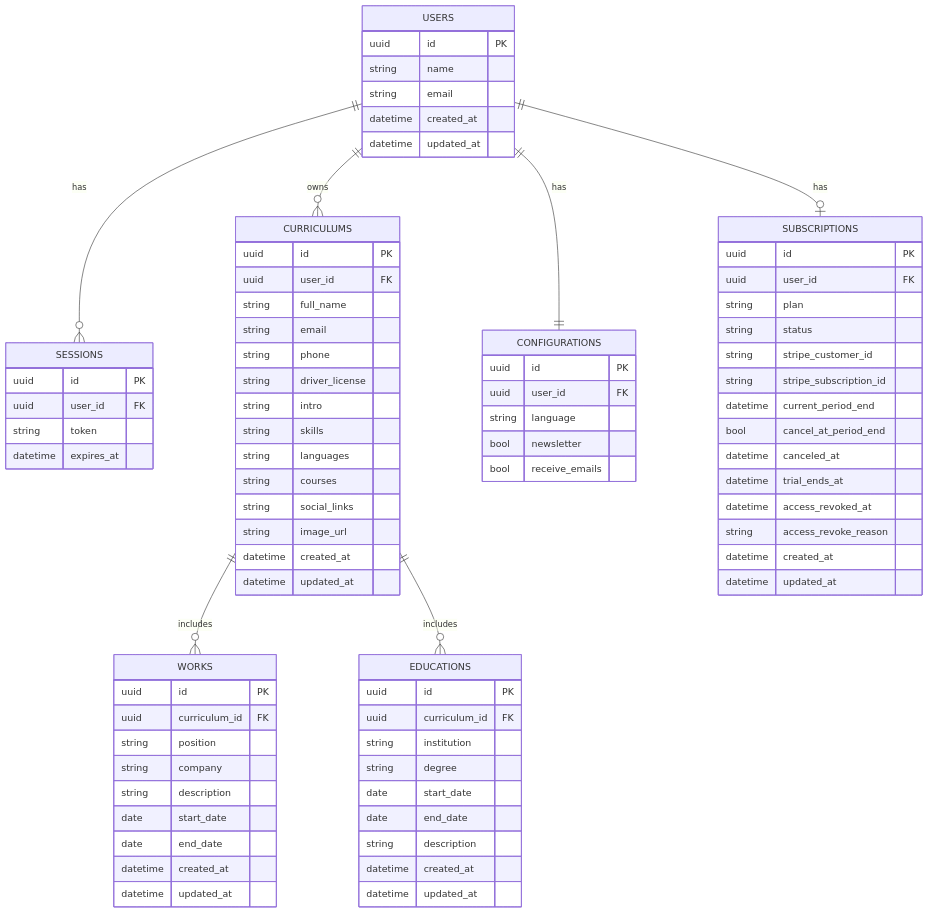
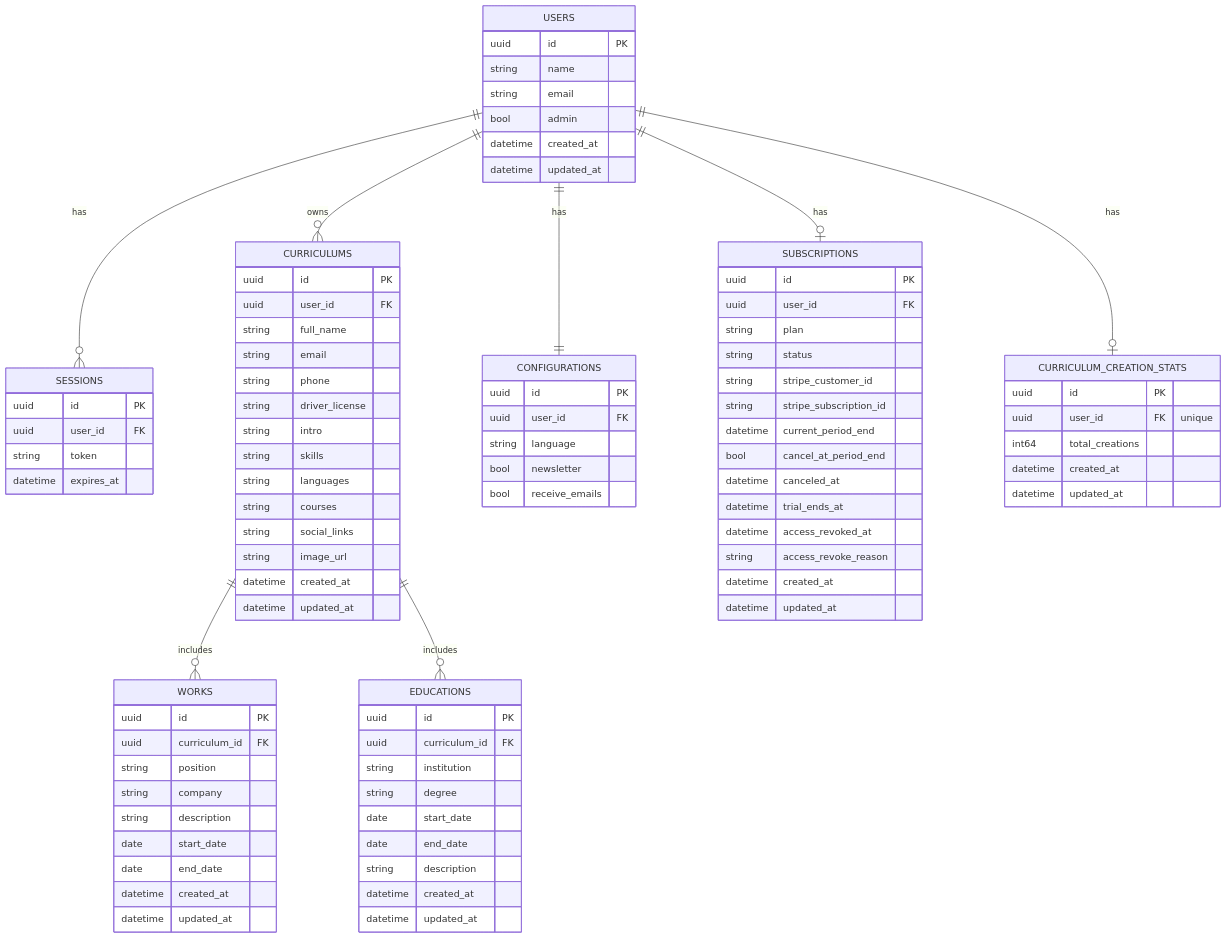
The eighth of 9 diagrams in README.md (Daniel-Fonseca-da-Silva/dafon-cv-api), drawn with Mermaid before and after one commit. The commit also changed other lines of this file, not shown here.

````diff
--- a/README.md
+++ b/README.md
@@ -261,11 +268,13 @@
   USERS ||--o| SUBSCRIPTIONS : has
   CURRICULUMS ||--o{ WORKS : includes
   CURRICULUMS ||--o{ EDUCATIONS : includes
+  USERS ||--o| CURRICULUM_CREATION_STATS : has
 
   USERS {
     uuid id PK
     string name
     string email
+    bool admin
     datetime created_at
     datetime updated_at
   }
@@ -342,4 +351,12 @@
     datetime created_at
     datetime updated_at
   }
+
+  CURRICULUM_CREATION_STATS {
+    uuid id PK
+    uuid user_id FK "unique"
+    int64 total_creations
+    datetime created_at
+    datetime updated_at
+  }
 ```
````
